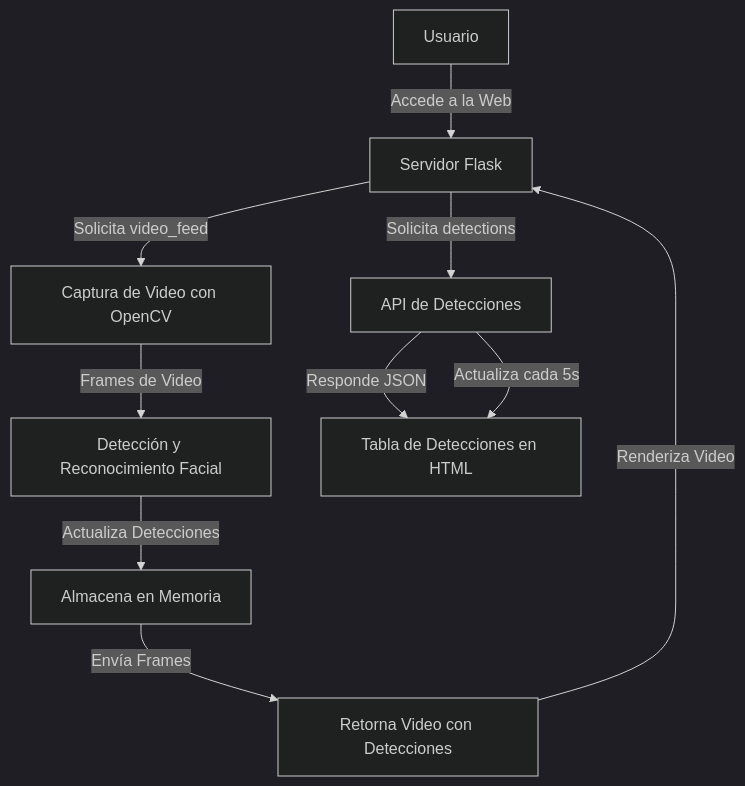
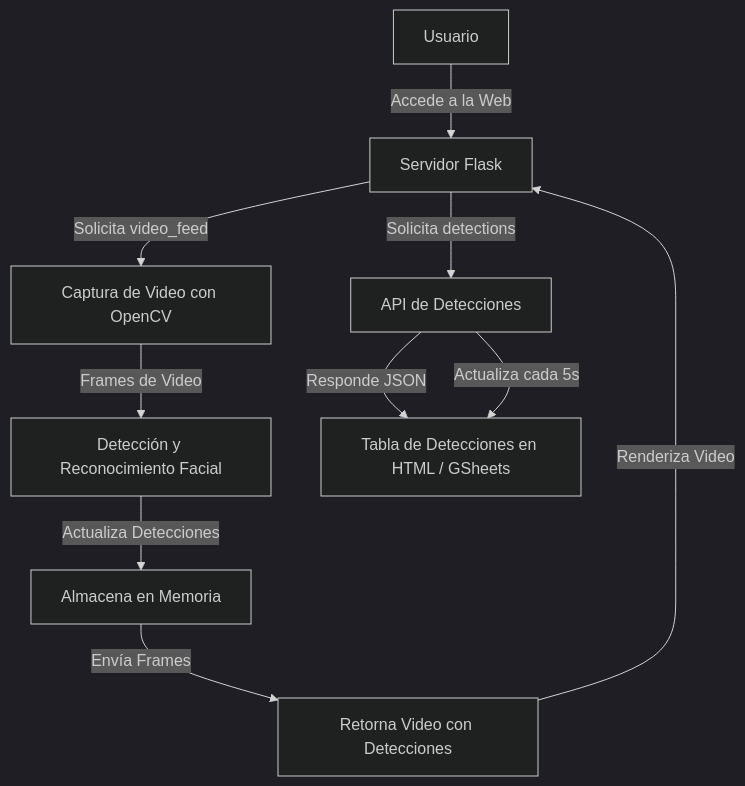
Before and after one commit to jhmarina/app-reconocimiento-facial: the second of 2 diagrams in README.md, drawn with Mermaid (dark theme). The commit also changed other lines of this file, not shown here.

````diff
--- a/README.md
+++ b/README.md
@@ -48,12 +49,12 @@
 ```mermaid
 graph TD
     A[Usuario] -->|Accede a la Web| B[Servidor Flask]
     B -->|Solicita video_feed| C[Captura de Video con OpenCV]
     C -->|Frames de Video| D[Detección y Reconocimiento Facial]
     D -->|Actualiza Detecciones| E[Almacena en Memoria]
     E -->|Envía Frames| F[Retorna Video con Detecciones]
     F -->|Renderiza Video| B
     B -->|Solicita detections| G[API de Detecciones]
-    G -->|Responde JSON| H[Tabla de Detecciones en HTML]
+    G -->|Responde JSON| H[Tabla de Detecciones en HTML / GSheets]
     G -->|Actualiza cada 5s| H
 ```
````
